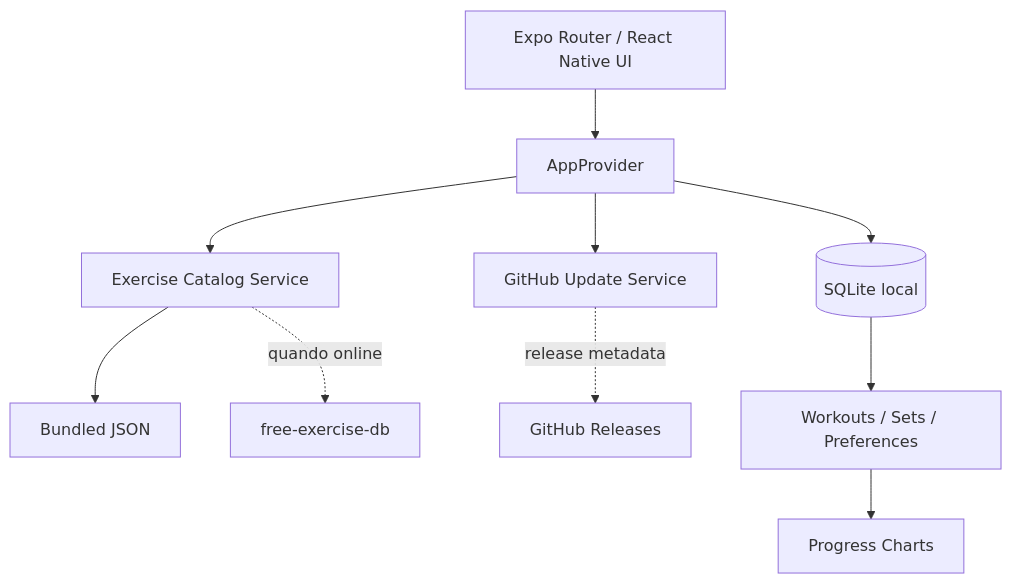
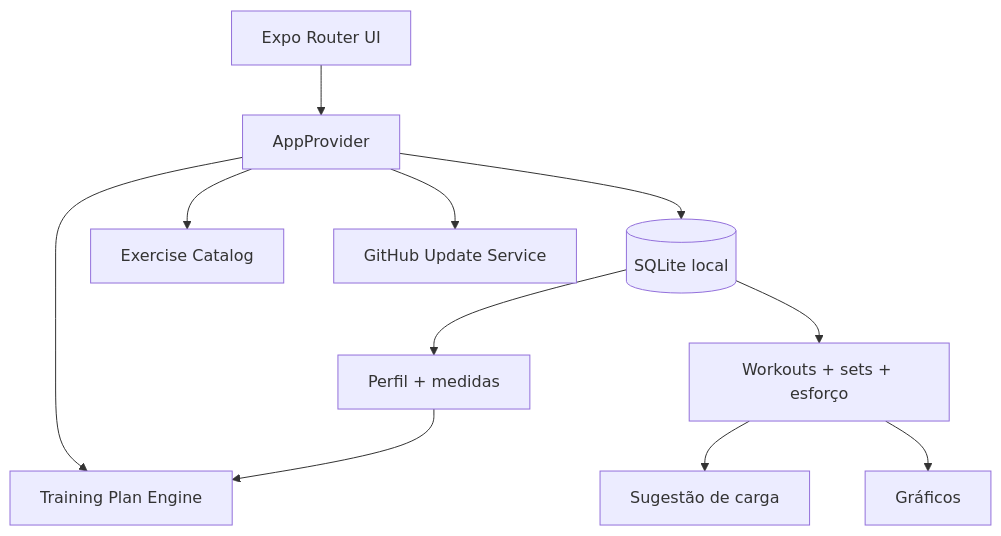
Before and after one commit to RaphaelTW/neolift-mobile: the diagram in README.md, drawn with Mermaid. The commit also changed other lines of this file and 34 other files, not shown here.

````diff
--- a/README.md
+++ b/README.md
@@ -98,12 +58,13 @@
 ```mermaid
 flowchart TD
-    UI[Expo Router / React Native UI] --> CTX[AppProvider]
-    CTX --> DB[(SQLite local)]
-    CTX --> CAT[Exercise Catalog Service]
-    CTX --> UPD[GitHub Update Service]
-    CAT --> SEED[Bundled JSON]
-    CAT -. quando online .-> FREE[free-exercise-db]
-    UPD -. release metadata .-> GH[GitHub Releases]
-    DB --> HIST[Workouts / Sets / Preferences]
-    HIST --> CHART[Progress Charts]
+  UI[Expo Router UI] --> CTX[AppProvider]
+  CTX --> DB[(SQLite local)]
+  CTX --> PLAN[Training Plan Engine]
+  CTX --> CAT[Exercise Catalog]
+  CTX --> UPD[GitHub Update Service]
+  DB --> PROFILE[Perfil + medidas]
+  DB --> WORKOUT[Workouts + sets + esforço]
+  WORKOUT --> LOAD[Sugestão de carga]
+  PROFILE --> PLAN
+  WORKOUT --> CHARTS[Gráficos]
 ```
````
